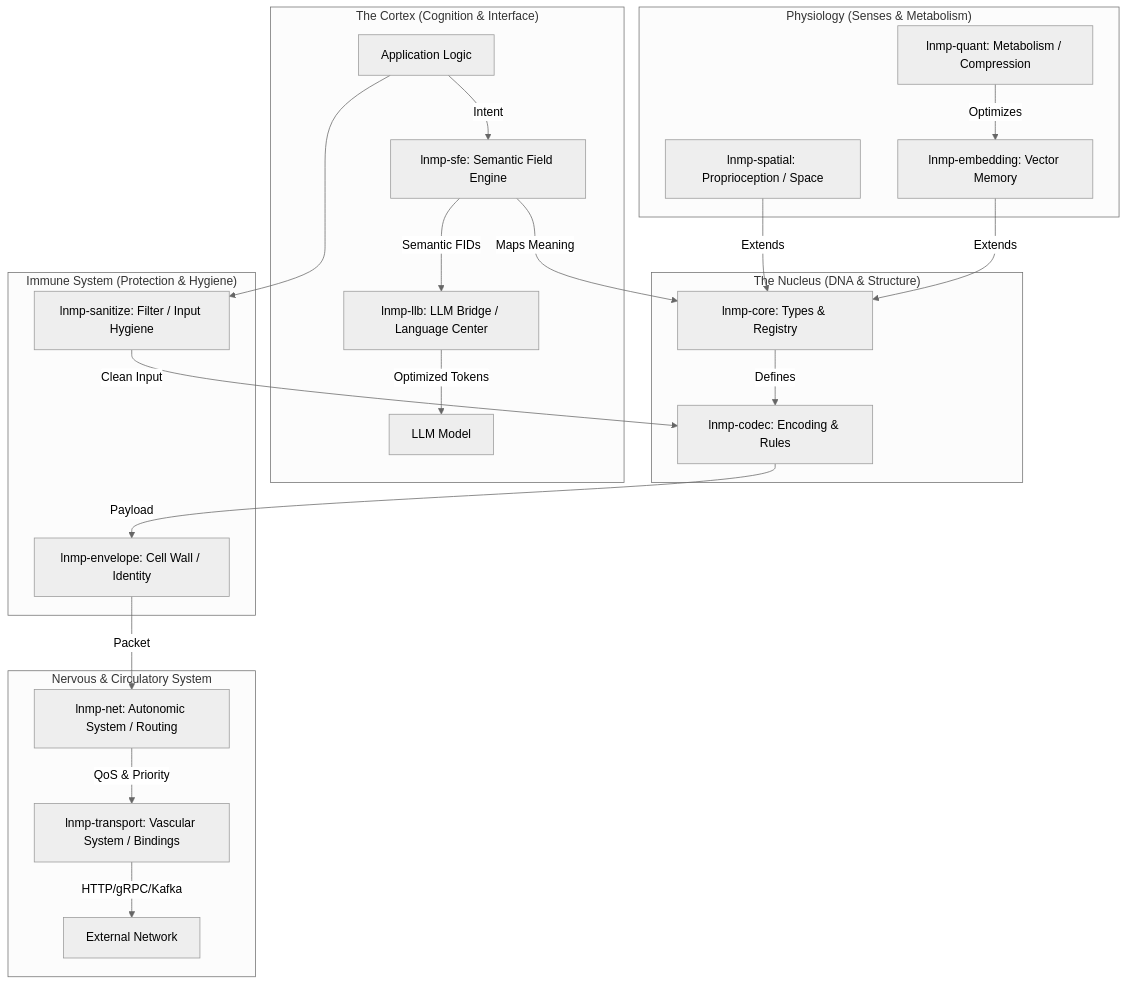
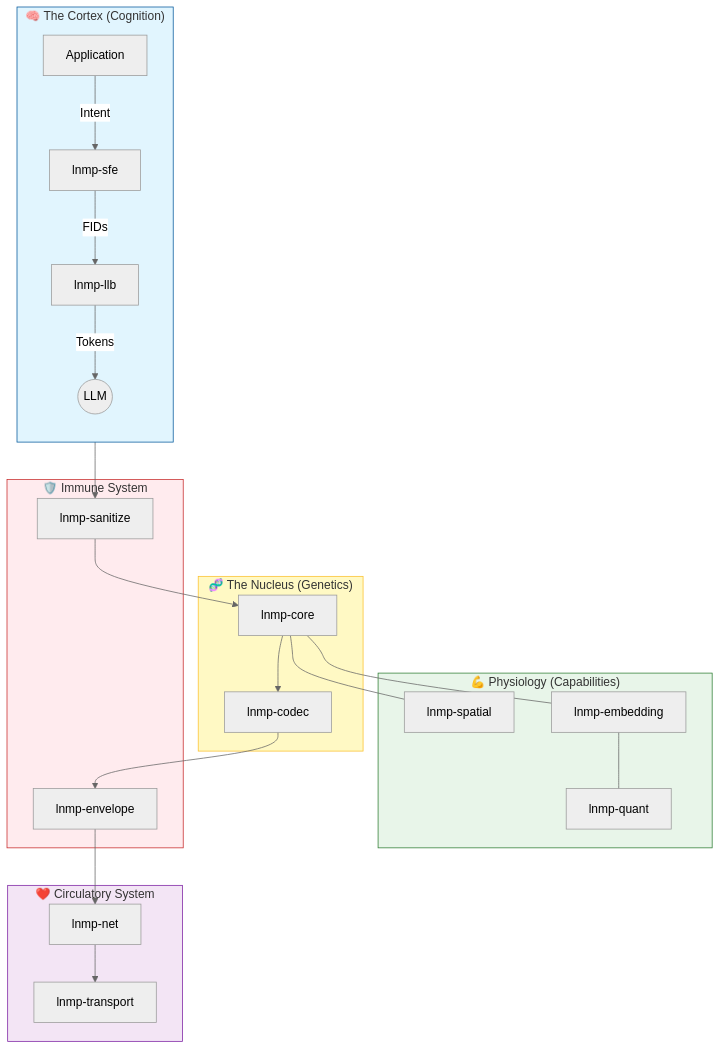
The first of 2 diagrams in spec/architecture-and-flow.md (lnmplang/lnmp-protocol), drawn with Mermaid (neutral theme) before and after one commit. The commit also changed other lines of this file, not shown here.

Commit message:
feat: Revise architecture diagram and data flow descriptions for improved clarity and visualization

````diff
--- a/spec/architecture-and-flow.md
+++ b/spec/architecture-and-flow.md
@@ -9,58 +9,55 @@
 ```mermaid
 graph TD
-    %% ZONE 1: THE MIND (Cognitive Interface)
-    subgraph "The Cortex (Cognition & Interface)"
-        App[Application Logic]
-        SFE[lnmp-sfe: Semantic Field Engine]
-        LLB[lnmp-llb: LLM Bridge / Language Center]
-        
-        App -->|Intent| SFE
-        SFE -->|Semantic FIDs| LLB
-        LLB -->|Optimized Tokens| LLM[LLM Model]
+    %% ZONE 1: THE MIND
+    subgraph Mind ["🧠 The Cortex (Cognition)"]
+        direction TB
+        App[Application] --> |Intent| SFE[lnmp-sfe]
+        SFE --> |FIDs| LLB[lnmp-llb]
+        LLB --> |Tokens| LLM((LLM))
     end
 
-    %% ZONE 2: THE CORE (Genetic Material)
-    subgraph "The Nucleus (DNA & Structure)"
-        Core[lnmp-core: Types & Registry]
-        Codec[lnmp-codec: Encoding & Rules]
+    %% ZONE 2: THE CORE
+    subgraph Core ["🧬 The Nucleus (Genetics)"]
+        LnmpCore[lnmp-core]
+        Codec[lnmp-codec]
     end
 
-    %% ZONE 3: PROTECTION (Immune System)
-    subgraph "Immune System (Protection & Hygiene)"
-        Env[lnmp-envelope: Cell Wall / Identity]
-        San[lnmp-sanitize: Filter / Input Hygiene]
+    %% ZONE 3: CAPABILITIES
+    subgraph Body ["💪 Physiology (Capabilities)"]
+        Spatial[lnmp-spatial]
+        Emb[lnmp-embedding]
+        Quant[lnmp-quant]
     end
 
-    %% ZONE 4: PHYSIOLOGY (Capabilities)
-    subgraph "Physiology (Senses & Metabolism)"
-        Spatial[lnmp-spatial: Proprioception / Space]
-        Emb[lnmp-embedding: Vector Memory]
-        Quant[lnmp-quant: Metabolism / Compression]
+    %% ZONE 4: PROTECTION
+    subgraph Defense ["🛡️ Immune System"]
+        San[lnmp-sanitize]
+        Env[lnmp-envelope]
     end
 
-    %% ZONE 5: CIRCULATION (Network & Flow)
-    subgraph "Nervous & Circulatory System"
-        Net[lnmp-net: Autonomic System / Routing]
-        Trans[lnmp-transport: Vascular System / Bindings]
-        Ext[External Network]
+    %% ZONE 5: TRANSPORT
+    subgraph Circ ["❤️ Circulatory System"]
+        Net[lnmp-net]
+        Trans[lnmp-transport]
     end
 
-    %% Interconnections
-    SFE -->|Maps Meaning| Core
-    Core -->|Defines| Codec
+    %% DATA FLOW (The Spine)
+    Mind --> San
+    San --> LnmpCore
+    LnmpCore --> Codec
+    Codec --> Env
+    Env --> Net
+    Net --> Trans
     
-    %% Input Flow
-    App --> San
-    San -->|Clean Input| Codec
-    
-    %% Capability extensions
-    Spatial -->|Extends| Core
-    Emb -->|Extends| Core
-    Quant -->|Optimizes| Emb
+    %% Capability Connections
+    LnmpCore --- Spatial
+    LnmpCore --- Emb
+    Emb --- Quant
 
-    %% Output Flow
-    Codec -->|Payload| Env
-    Env -->|Packet| Net
-    Net -->|QoS & Priority| Trans
-    Trans -->|HTTP/gRPC/Kafka| Ext
+    %% Styling
+    style Mind fill:#e1f5fe,stroke:#01579b
+    style Core fill:#fff9c4,stroke:#fbc02d
+    style Body fill:#e8f5e9,stroke:#2e7d32
+    style Defense fill:#ffebee,stroke:#c62828
+    style Circ fill:#f3e5f5,stroke:#7b1fa2
 ```
````
